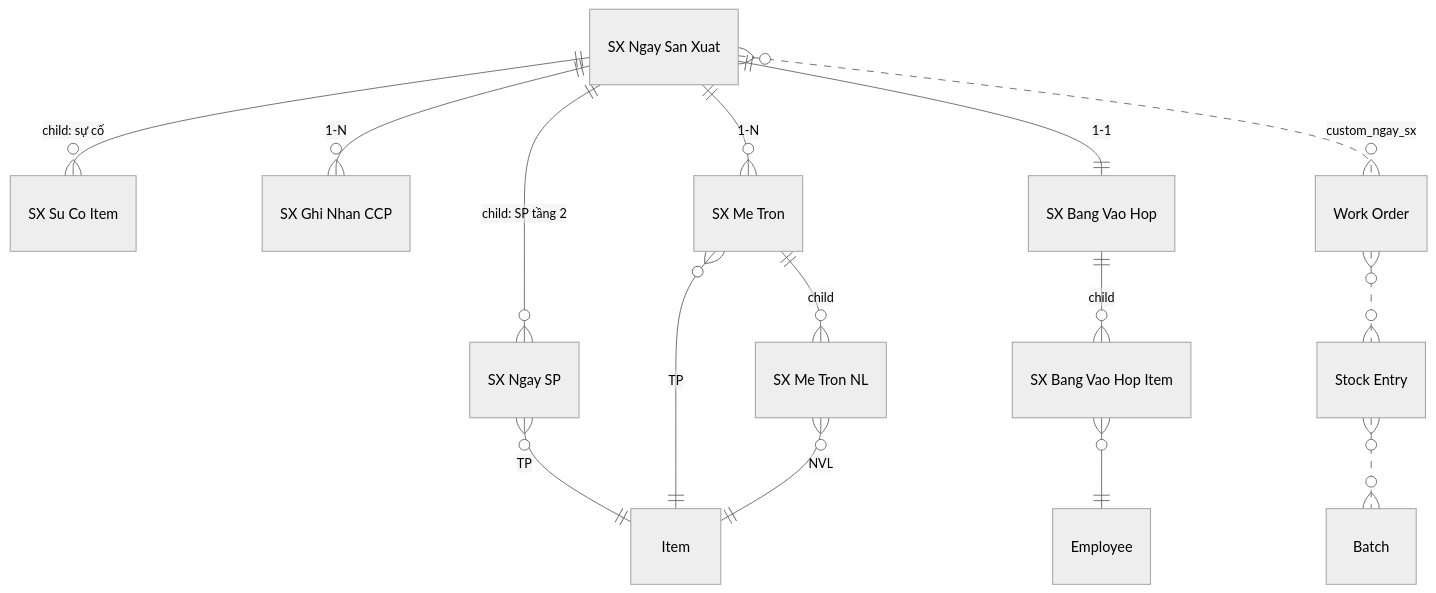
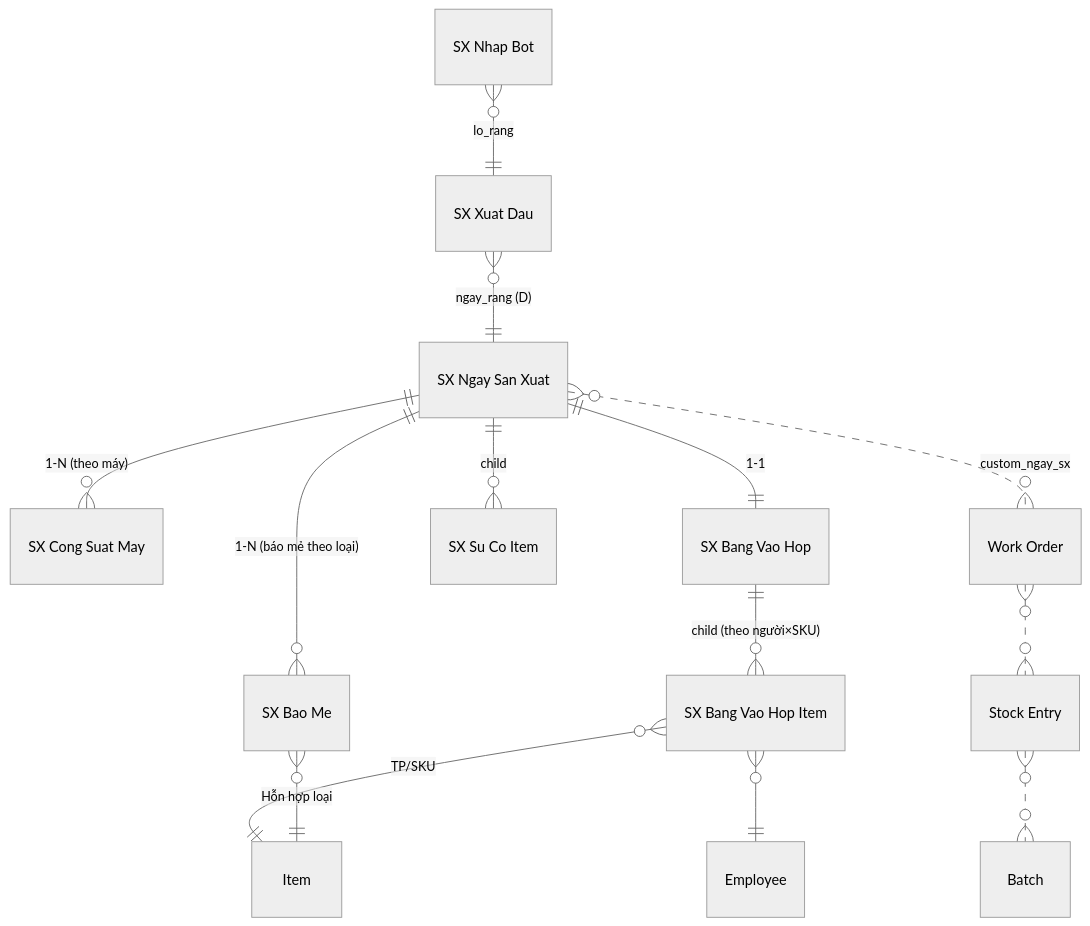
The diagram in docs/CODER-PACK.md (mrhuychien/sx), drawn with Mermaid (neutral theme) before and after one commit. The commit also changed other lines of this file and 30 other files, not shown here.

First line of the commit message:
V2-P1: spec v2 + DocType v2 — xoa CCP/Me Tron/Ngay SP (sang app iso, D8/D9); them SX Xuat Dau (lo rang R), SX Lo Vat Tu, SX Nhap Bot (GATE-C=A: Material Receipt), SX May, SX Bao Me, SX Cong Suat May; sua SX Ngay San Xuat + SX Settings; role To Truong -> To Dong Goi

````diff
--- a/docs/CODER-PACK.md
+++ b/docs/CODER-PACK.md
@@ -56,17 +90,16 @@
 ```mermaid
 erDiagram
-    "SX Ngay San Xuat" ||--o{ "SX Ngay SP" : "child: SP tầng 2"
-    "SX Ngay San Xuat" ||--o{ "SX Su Co Item" : "child: sự cố"
-    "SX Ngay San Xuat" ||--o{ "SX Ghi Nhan CCP" : "1-N"
-    "SX Ngay San Xuat" ||--o{ "SX Me Tron" : "1-N"
+    "SX Ngay San Xuat" ||--o{ "SX Bao Me" : "1-N (báo mẻ theo loại)"
+    "SX Ngay San Xuat" ||--o{ "SX Cong Suat May" : "1-N (theo máy)"
     "SX Ngay San Xuat" ||--|| "SX Bang Vao Hop" : "1-1"
-    "SX Me Tron" ||--o{ "SX Me Tron NL" : "child"
-    "SX Bang Vao Hop" ||--o{ "SX Bang Vao Hop Item" : "child"
+    "SX Ngay San Xuat" ||--o{ "SX Su Co Item" : "child"
+    "SX Bang Vao Hop" ||--o{ "SX Bang Vao Hop Item" : "child (theo người×SKU)"
+    "SX Xuat Dau" }o--|| "SX Ngay San Xuat" : "ngay_rang (D)"
+    "SX Nhap Bot" }o--|| "SX Xuat Dau" : "lo_rang"
     "SX Bang Vao Hop Item" }o--|| Employee : ""
-    "SX Ngay SP" }o--|| Item : "TP"
-    "SX Me Tron" }o--|| Item : "TP"
-    "SX Me Tron NL" }o--|| Item : "NVL"
+    "SX Bang Vao Hop Item" }o--|| Item : "TP/SKU"
+    "SX Bao Me" }o--|| Item : "Hỗn hợp loại"
     "SX Ngay San Xuat" }o..o{ "Work Order" : "custom_ngay_sx"
     "Work Order" }o..o{ "Stock Entry" : ""
     "Stock Entry" }o..o{ Batch : ""
 ```
````
